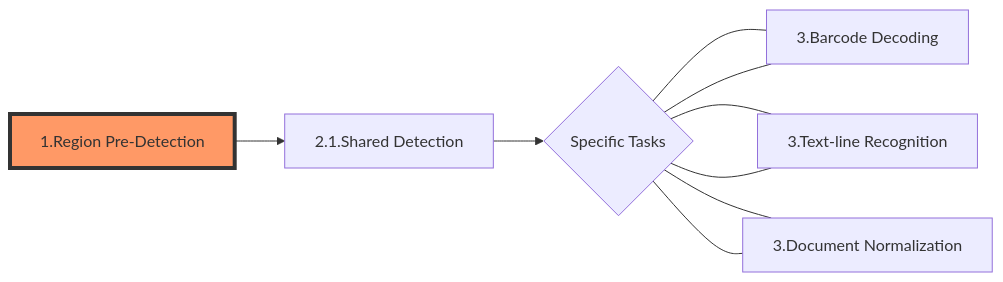
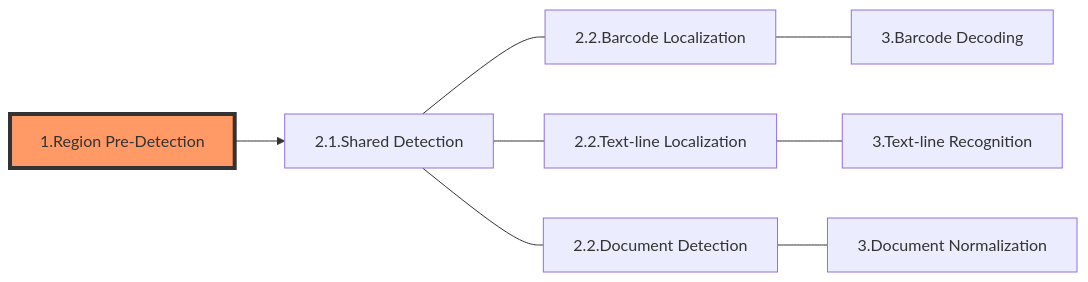
One commit to dynamsoft-docs/capture-vision-docs changed the diagram in architecture/image-processing/region-predetection.md. Above: the diagram before and after it, drawn with Mermaid. The commit also changed other lines of this file and 9 other files, not shown here.

````diff
--- a/architecture/image-processing/region-predetection.md
+++ b/architecture/image-processing/region-predetection.md
@@ -15,12 +13,11 @@
 ```mermaid
 flowchart LR;
-     A[1.Region Pre-Detection]-->B[2.1.Shared Detection]
-     B-->C{Specific Tasks}
+     A[1.Region Pre-Detection]-->C[2.1.Shared Detection]
      C---D[2.2.Barcode Localization]
      C---E[2.2.Text-line Localization]
      C---F[2.2.Document Detection]
-     C---D[3.Barcode Decoding]
-     C---E[3.Text-line Recognition]
-     C---F[3.Document Normalization]
+     D---G[3.Barcode Decoding]
+     E---H[3.Text-line Recognition]
+     F---I[3.Document Normalization]
      style A fill:#f96,stroke:#333,stroke-width:4px
 ```
````
